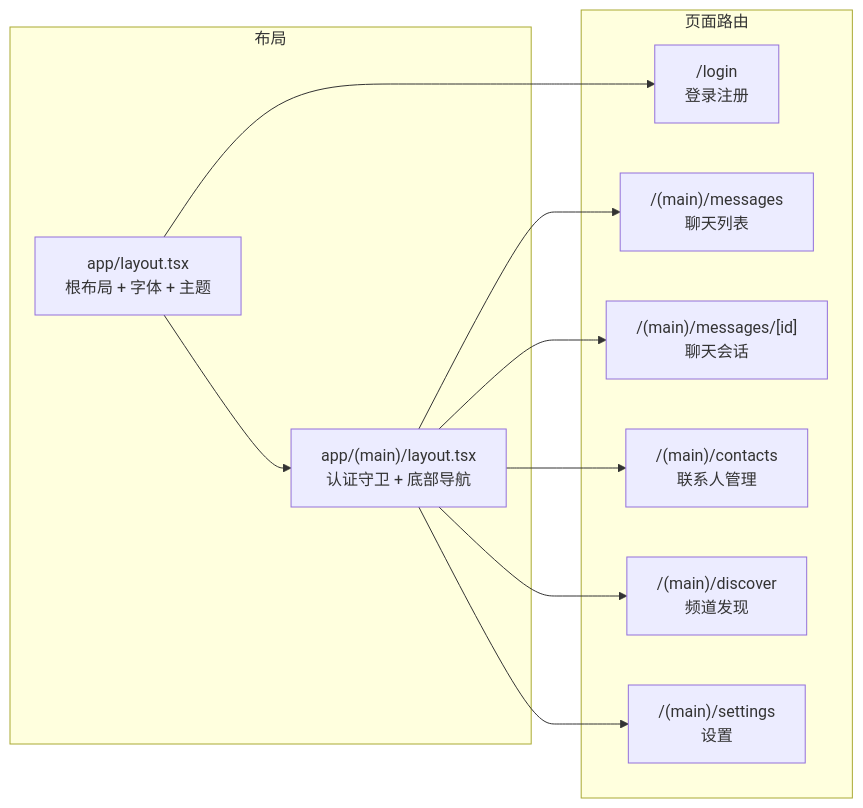
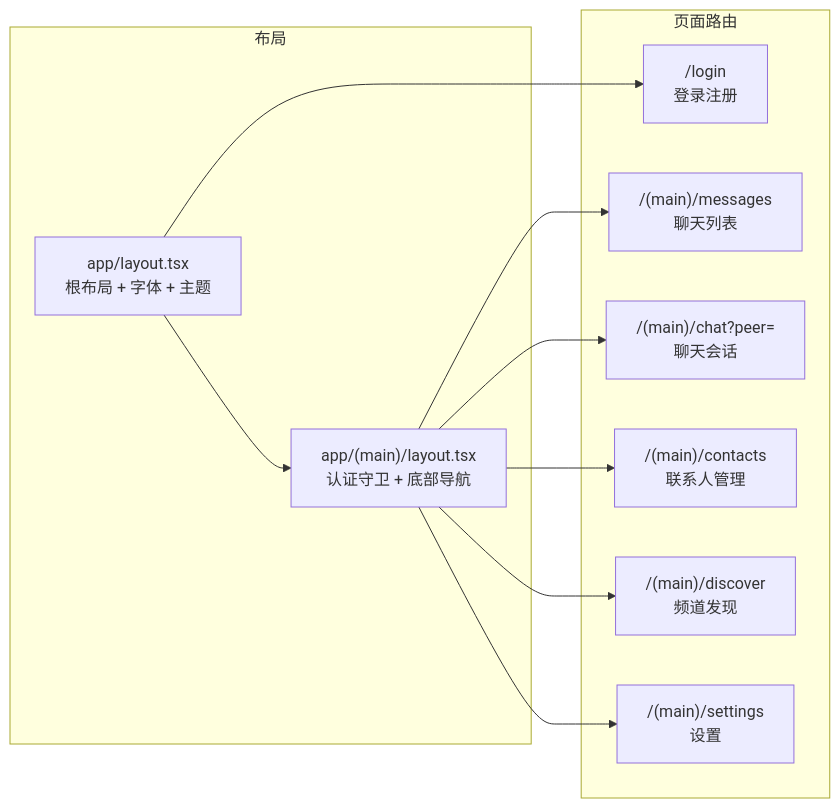
The second of 11 diagrams in docs/architecture.md (finger-fan/dodo-box), drawn with Mermaid before and after one commit. The commit also changed other lines of this file and 21 other files, not shown here.

````diff
--- a/docs/architecture.md
+++ b/docs/architecture.md
@@ -140,24 +140,24 @@
 ```mermaid
 graph LR
     subgraph Pages["页面路由"]
         Login["/login<br/>登录注册"]
         Messages["/(main)/messages<br/>聊天列表"]
-        ChatDetail["/(main)/messages/[id]<br/>聊天会话"]
+        ChatDetail["/(main)/chat?peer=<br/>聊天会话"]
         Contacts["/(main)/contacts<br/>联系人管理"]
         Discover["/(main)/discover<br/>频道发现"]
         Settings["/(main)/settings<br/>设置"]
     end
 
     subgraph Layout["布局"]
         Root["app/layout.tsx<br/>根布局 + 字体 + 主题"]
         Main["app/(main)/layout.tsx<br/>认证守卫 + 底部导航"]
     end
 
     Root --> Login
     Root --> Main
     Main --> Messages
     Main --> ChatDetail
     Main --> Contacts
     Main --> Discover
     Main --> Settings
 ```
````
